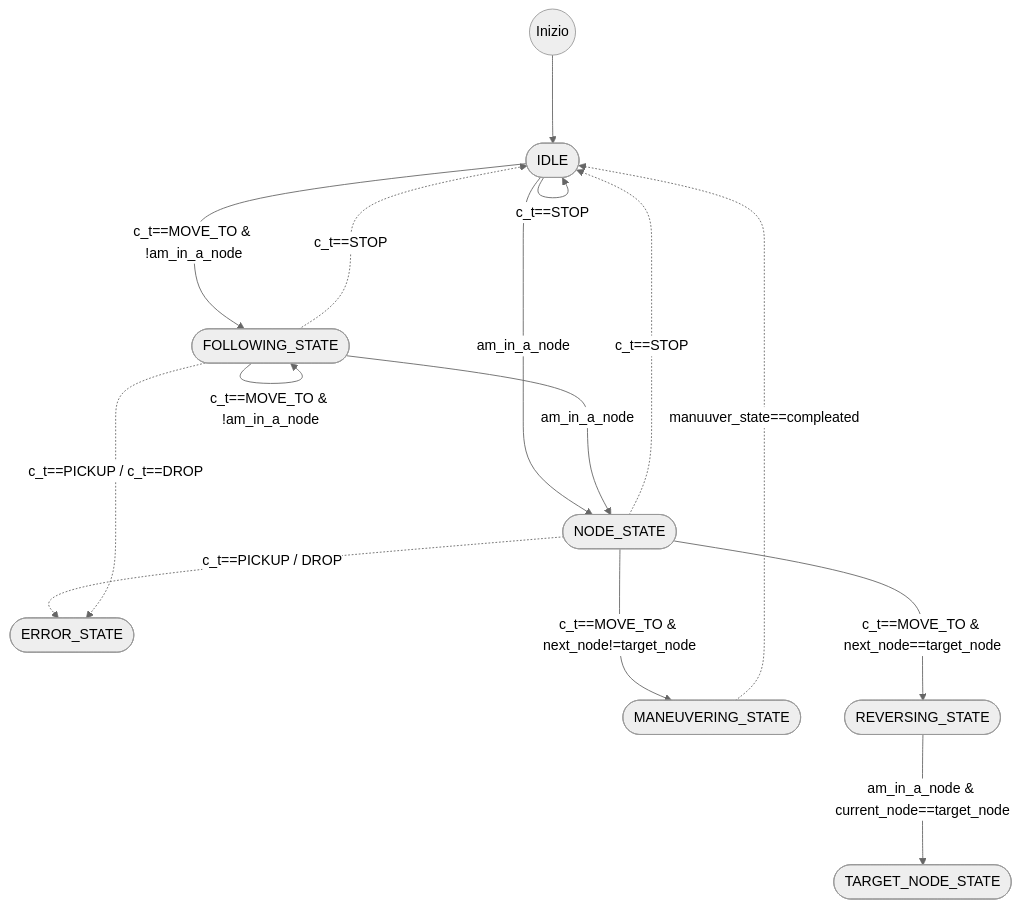
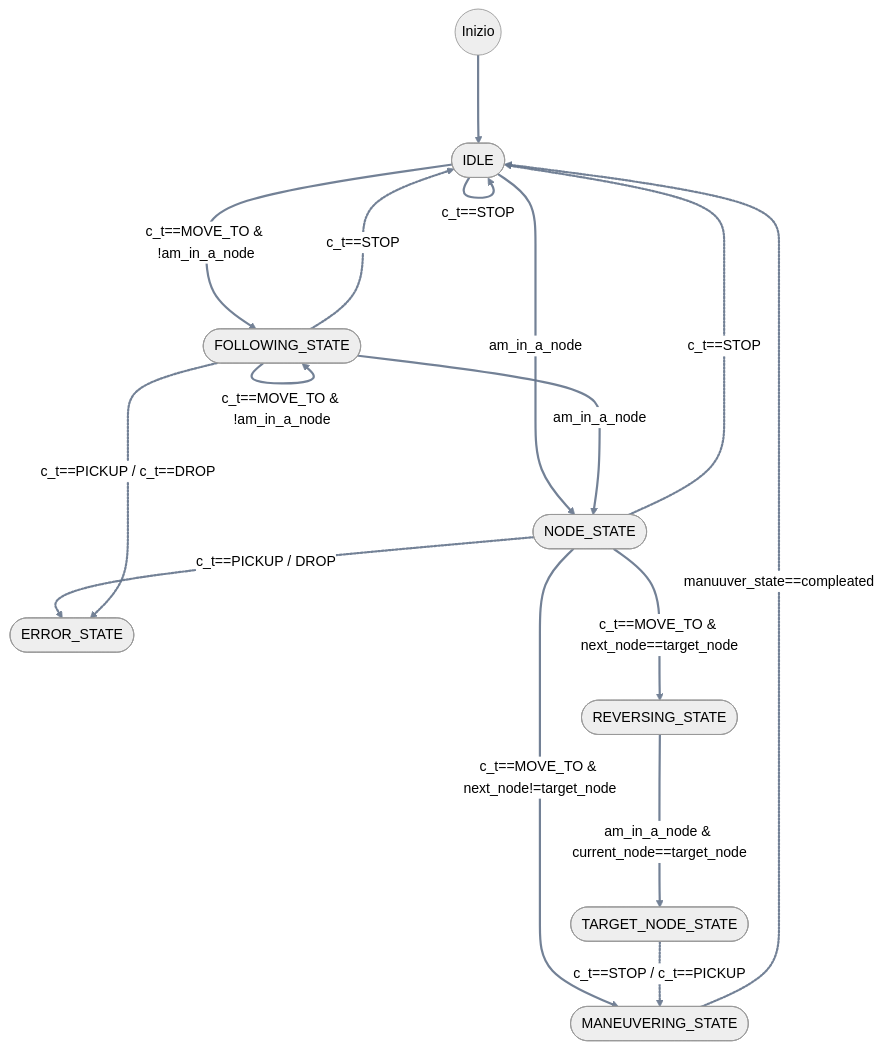
Before and after one commit to NadiaMuzyka/agv_real: the diagram in docs/fsm.mmd, drawn with Mermaid (neutral theme).

Commit message:
feat: update finite state machine diagram with new node transitions and styling

```diff
--- a/docs/fsm.mmd
+++ b/docs/fsm.mmd
@@ -1,52 +1,59 @@
-%%{init: {"state": {"rankSpacing": 100, "nodeSpacing": 100}}}%%
+%%{init: {"state": {"rankSpacing": 140, "nodeSpacing": 140}, "flowchart": {"curve": "basis"}}}%%
 graph TD
     %% ==========================================
     %% DEFINIZIONE DEGLI STATI (Nodi)
     %% ==========================================
     START((Inizio))
     
     IDLE([IDLE])
     NODE([NODE_STATE])
     MANEUVER([MANEUVERING_STATE])
     REVERSE([REVERSING_STATE])
     FOLLOW([FOLLOWING_STATE])
     TARGET([TARGET_NODE_STATE])
     ERR([ERROR_STATE])
 
     %% ==========================================
     %% ARCHI USCENTI DA: START
     %% ==========================================
     START ---> IDLE
 
     %% ==========================================
     %% ARCHI USCENTI DA: IDLE
     %% ==========================================
     IDLE -->|c_t==STOP| IDLE
     IDLE --->|am_in_a_node| NODE
     IDLE --->|c_t==MOVE_TO & !am_in_a_node| FOLLOW
 
     %% ==========================================
     %% ARCHI USCENTI DA: NODE_STATE
     %% ==========================================
     NODE --->|c_t==MOVE_TO & next_node!=target_node| MANEUVER
     NODE --->|c_t==MOVE_TO & next_node==target_node| REVERSE
     NODE -.->|c_t==STOP| IDLE
     NODE -.->|c_t==PICKUP / DROP| ERR
 
     %% ==========================================
     %% ARCHI USCENTI DA: FOLLOWING_STATE
     %% ==========================================
     FOLLOW -->|c_t==MOVE_TO & !am_in_a_node| FOLLOW
     FOLLOW --->|am_in_a_node| NODE
     FOLLOW -.->|c_t==STOP| IDLE
     FOLLOW -.->|c_t==PICKUP / c_t==DROP| ERR
 
     %% ==========================================
     %% ARCHI USCENTI DA: MANEUVERING_STATE
     %% ==========================================
     MANEUVER -..->|manuuver_state==compleated| IDLE
 
     %% ==========================================
     %% ARCHI USCENTI DA: REVERSING_STATE
     %% ==========================================
     REVERSE --->|am_in_a_node & current_node==target_node| TARGET
+
+    %% ==========================================
+    %% ARCHI USCENTI DA: TARGET_NODE_STATE
+    %% ==========================================
+    TARGET -.->|c_t==STOP / c_t==PICKUP| MANEUVER
+
+    linkStyle default stroke:#64748b,stroke-width:2.5px,stroke-linecap:round,stroke-linejoin:round,opacity:0.9;
```
